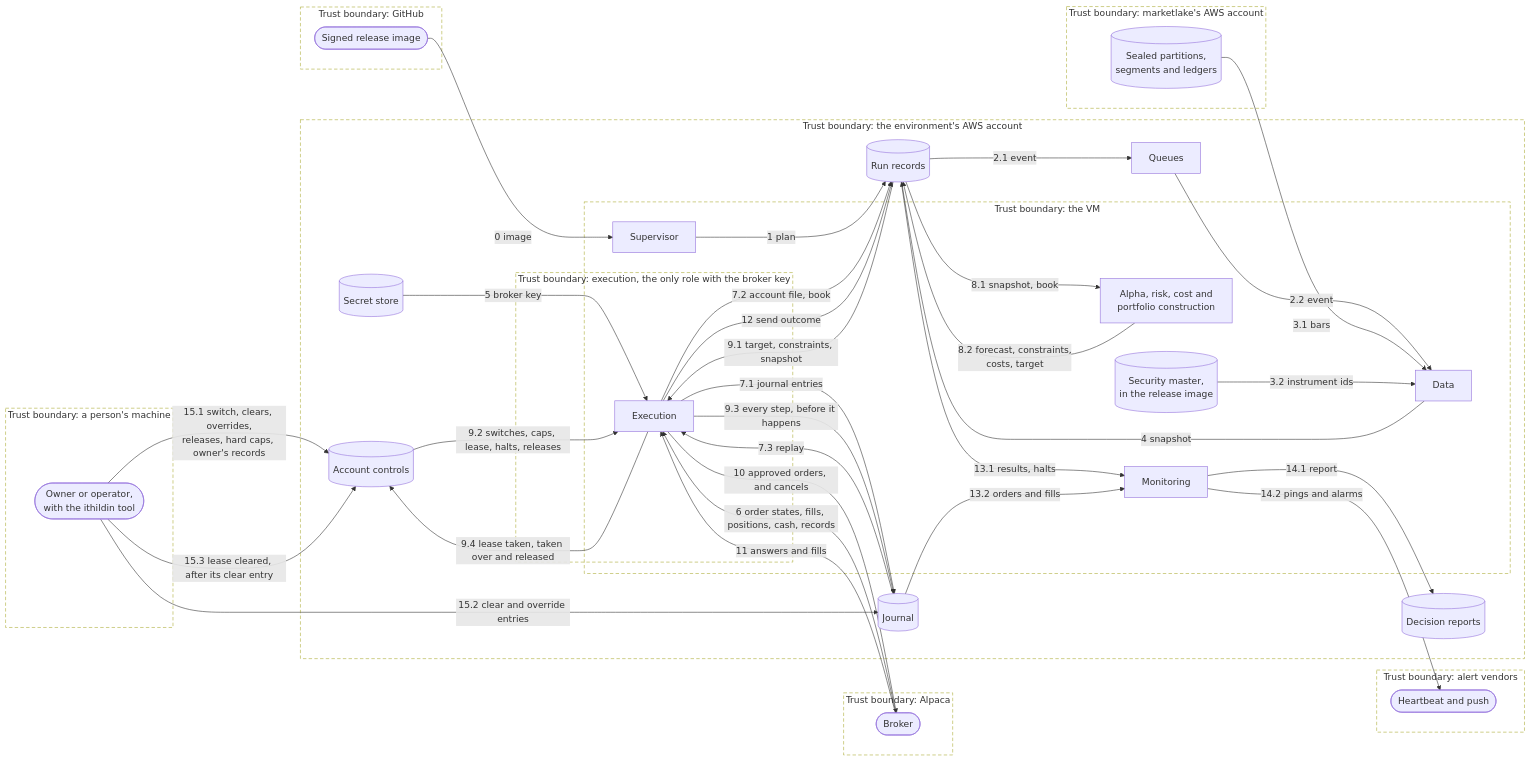
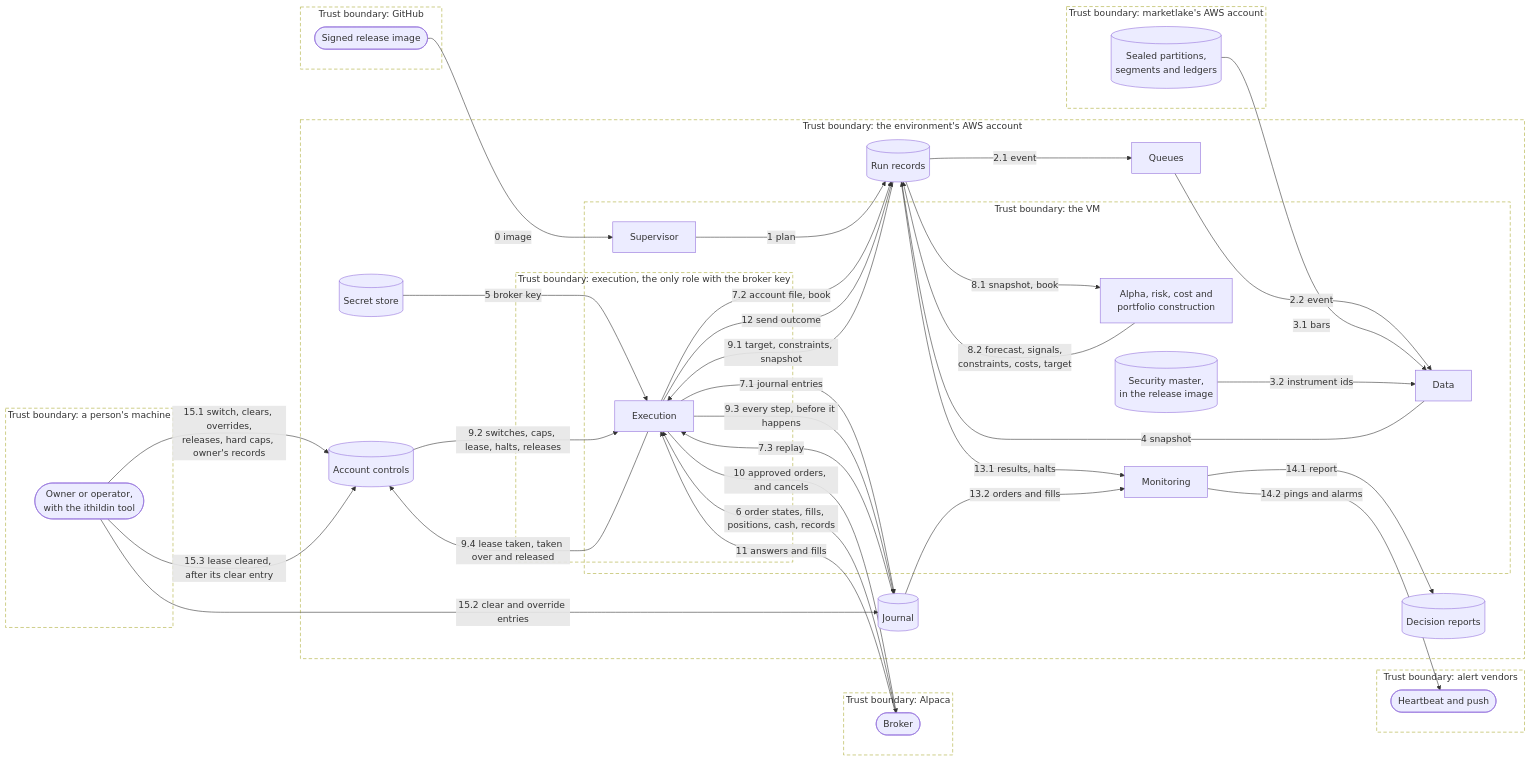
The second of 18 diagrams in docs/architecture/06-runtime.md (l3a0/ithildin-runtime), drawn with Mermaid before and after one commit. The commit also changed 7 other files, not shown here.

````diff
--- a/docs/architecture/06-runtime.md
+++ b/docs/architecture/06-runtime.md
@@ -106,68 +106,68 @@
 ```mermaid
 flowchart LR
     subgraph tb_person["Trust boundary: a person's machine"]
         person(["Owner or operator,<br/>with the ithildin tool"])
     end
     subgraph tb_github["Trust boundary: GitHub"]
         registry(["Signed release image"])
     end
     subgraph tb_marketlake["Trust boundary: marketlake's AWS account"]
         lake[("Sealed partitions,<br/>segments and ledgers")]
     end
     subgraph tb_broker["Trust boundary: Alpaca"]
         brokerx(["Broker"])
     end
     subgraph tb_alert["Trust boundary: alert vendors"]
         alert(["Heartbeat and push"])
     end
     subgraph tb_account["Trust boundary: the environment's AWS account"]
         subgraph tb_vm["Trust boundary: the VM"]
             sup["Supervisor"]
             data["Data"]
             models["Alpha, risk, cost and<br/>portfolio construction"]
             mon["Monitoring"]
             d2[("Security master,<br/>in the release image")]
             subgraph tb_exec["Trust boundary: execution, the only role with the broker key"]
                 exec["Execution"]
             end
         end
         queue["Queues"]
         secret[("Secret store")]
         d1[("Run records")]
         d3[("Journal")]
         d4[("Decision reports")]
         d5[("Account controls")]
     end
 
     registry -->|"0 image"| sup
     sup -->|"1 plan"| d1
     d1 -->|"2.1 event"| queue
     queue -->|"2.2 event"| data
     lake -->|"3.1 bars"| data
     d2 -->|"3.2 instrument ids"| data
     data -->|"4 snapshot"| d1
     secret -->|"5 broker key"| exec
     brokerx -->|"6 order states, fills, positions, cash, records"| exec
     exec -->|"7.1 journal entries"| d3
     exec -->|"7.2 account file, book"| d1
     d3 -->|"7.3 replay"| exec
     d1 -->|"8.1 snapshot, book"| models
-    models -->|"8.2 forecast, constraints,<br/>costs, target"| d1
+    models -->|"8.2 forecast, signals,<br/>constraints, costs, target"| d1
     d1 -->|"9.1 target, constraints, snapshot"| exec
     d5 -->|"9.2 switches, caps, lease, halts, releases"| exec
     exec -->|"9.3 every step, before it happens"| d3
     exec -->|"9.4 lease taken, taken over and released"| d5
     exec -->|"10 approved orders, and cancels"| brokerx
     brokerx -->|"11 answers and fills"| exec
     exec -->|"12 send outcome"| d1
     d1 -->|"13.1 results, halts"| mon
     d3 -->|"13.2 orders and fills"| mon
     mon -->|"14.1 report"| d4
     mon -->|"14.2 pings and alarms"| alert
     person -->|"15.1 switch, clears, overrides,<br/>releases, hard caps, owner's records"| d5
     person -->|"15.2 clear and override entries"| d3
     person -->|"15.3 lease cleared, after its clear entry"| d5
 
     classDef boundary fill:none,stroke-dasharray:6 4
     class tb_person,tb_github,tb_marketlake,tb_broker,tb_alert,tb_account,tb_vm,tb_exec boundary
 ```
````
